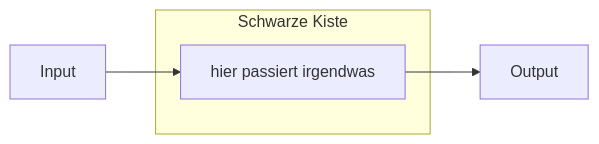
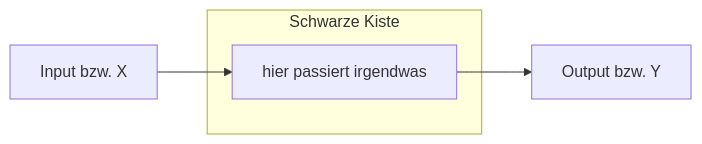
The third of 6 diagrams in 010-rahmen.qmd (sebastiansauer/statistik1), drawn with Mermaid before and after one commit. The commit also changed other lines of this file and 51 other files, not shown here.

````diff
--- a/010-rahmen.qmd
+++ b/010-rahmen.qmd
@@ -332,12 +389,12 @@
 ```{mermaid}
 %%| fig-cap: Struktur eine Forschungsfrage
 %%| label: fig-fo-struktur
 %%| out-width: "100%"
 
 graph LR
-    Input --> X[hier passiert irgendwas]
+    I[Input bzw. X] --> X[hier passiert irgendwas]
     subgraph "Schwarze Kiste"
       X
     end
-    X --> Output
+    X --> O[Output bzw. Y]
 ```
````
